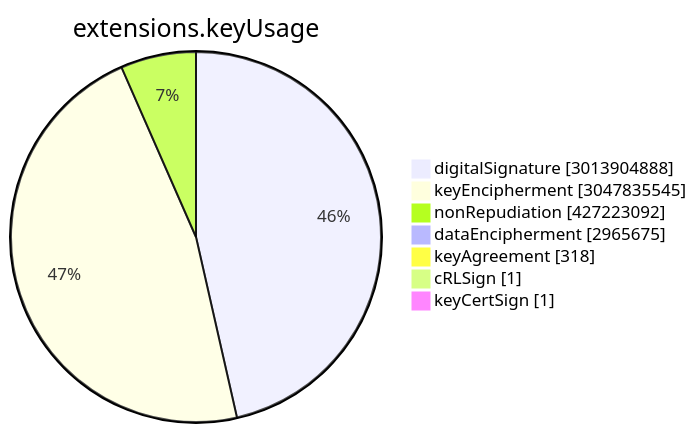
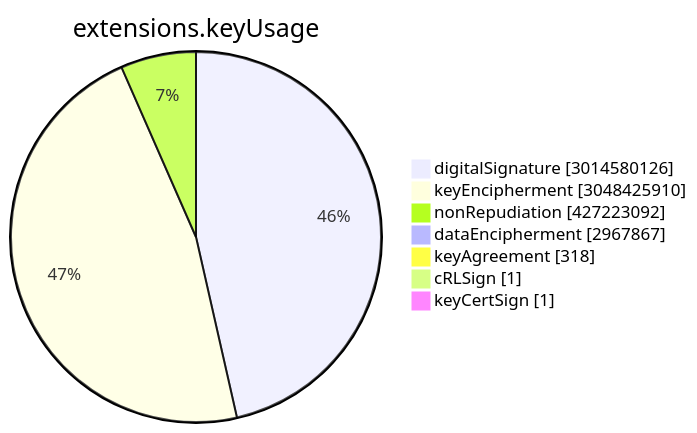
The sixth of 15 diagrams in TOTAL/README.md (christiankrug/ctmonitor_visualization), drawn with Mermaid before and after one commit. The commit also changed other lines of this file, not shown here.

````diff
--- a/TOTAL/README.md
+++ b/TOTAL/README.md
@@ -3075,11 +3075,11 @@
 ```mermaid
 pie showData
 title extensions.keyUsage
-"digitalSignature" :3013904888
-"keyEncipherment" :3047835545
+"digitalSignature" :3014580126
+"keyEncipherment" :3048425910
 "nonRepudiation" :427223092
-"dataEncipherment" :2965675
+"dataEncipherment" :2967867
 "keyAgreement" :318
 "cRLSign" :1
 "keyCertSign" :1
 ```
````
